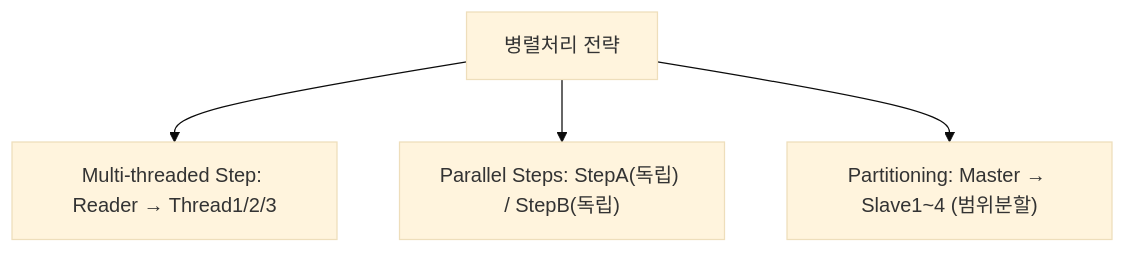
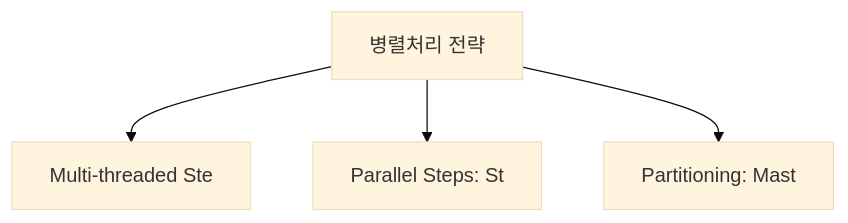
The sixth of 6 diagrams in _posts/batch/2026-05-03-spring-batch-chunk-processing.md (yjkim2015/yjkim2015.github.io), drawn with Mermaid (base theme) before and after one commit. The commit also changed other lines of this file and 271 other files, not shown here.

First line of the commit message:
Mermaid 라벨 축소: 긴 노드 텍스트 18자 이하로 트림 + \n 제거

````diff
--- a/_posts/batch/2026-05-03-spring-batch-chunk-processing.md
+++ b/_posts/batch/2026-05-03-spring-batch-chunk-processing.md
@@ -442,10 +442,10 @@
 ```mermaid
 flowchart TD
-    A["Multi-threaded Step: Reader → Thread1/2/3"]
-    B["Parallel Steps: StepA(독립) / StepB(독립)"]
-    C["Partitioning: Master → Slave1~4 (범위분할)"]
+    A["Multi-threaded Ste"]
+    B["Parallel Steps: St"]
+    C["Partitioning: Mast"]
     STRAT["병렬처리 전략"]
     STRAT --> A
     STRAT --> B
     STRAT --> C
 ```
````
